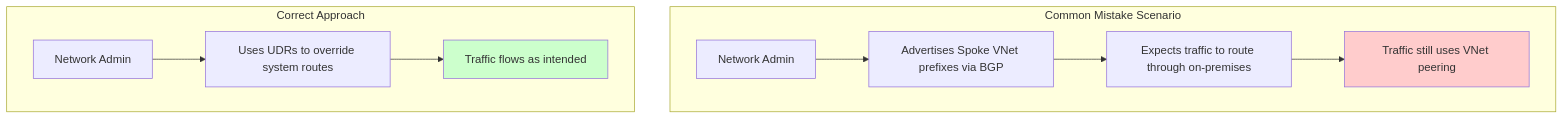
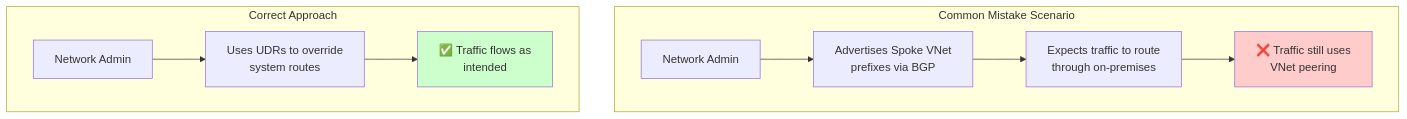
Before and after one commit to samirgonz/cloudarchitect-blog: the fourth of 13 diagrams in content/posts/azure-routing-rules-hybrid/index.md, drawn with Mermaid. The commit also changed other lines of this file, not shown here.

````diff
--- a/content/posts/azure-routing-rules-hybrid/index.md
+++ b/content/posts/azure-routing-rules-hybrid/index.md
@@ -127,16 +124,16 @@
 ```mermaid
 graph TD
     subgraph "Common Mistake Scenario"
-        A[Network Admin] --> B[Advertises Spoke VNet prefixes via BGP]
-        B --> C[Expects traffic to route through on-premises]
-        C --> D[Traffic still uses VNet peering]
+        A[Network Admin] --> B[Advertises Spoke VNet<br/>prefixes via BGP]
+        B --> C[Expects traffic to route<br/>through on-premises]
+        C --> D[❌ Traffic still uses<br/>VNet peering]
     end
     
     subgraph "Correct Approach"
-        E[Network Admin] --> F[Uses UDRs to override system routes]
-        F --> G[Traffic flows as intended]
+        E[Network Admin] --> F[Uses UDRs to override<br/>system routes]
+        F --> G[✅ Traffic flows as<br/>intended]
     end
     
     style D fill:#ffcccc
     style G fill:#ccffcc
 ```
````
